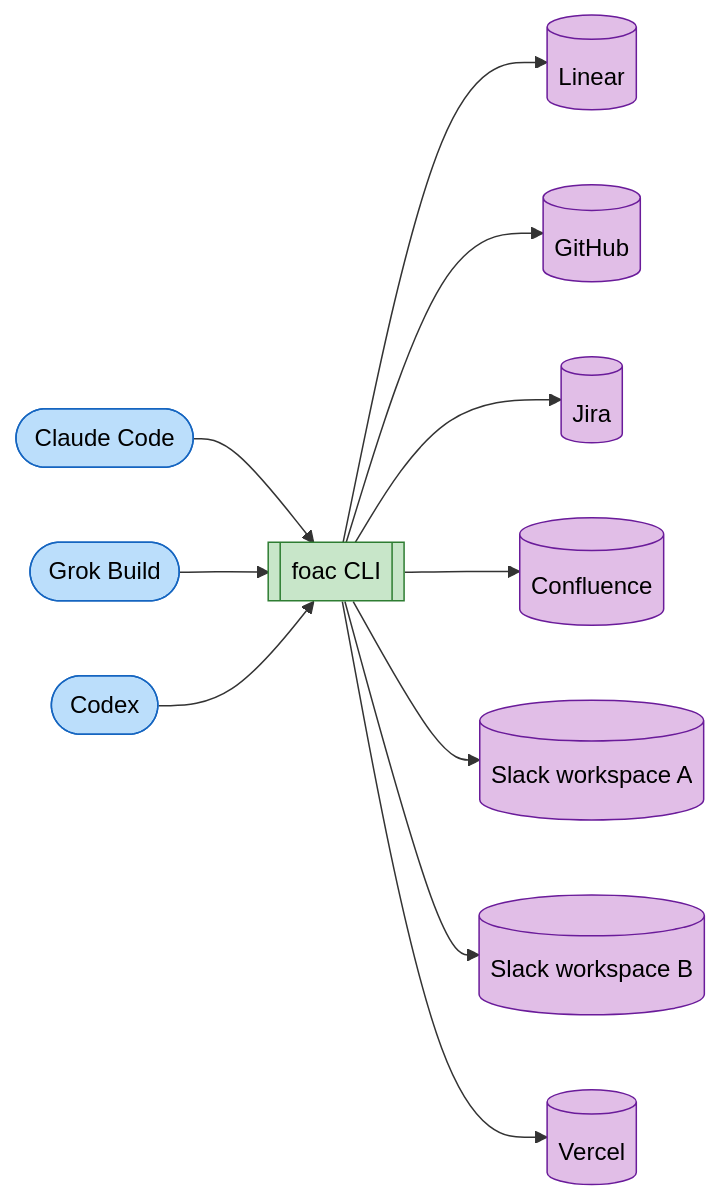
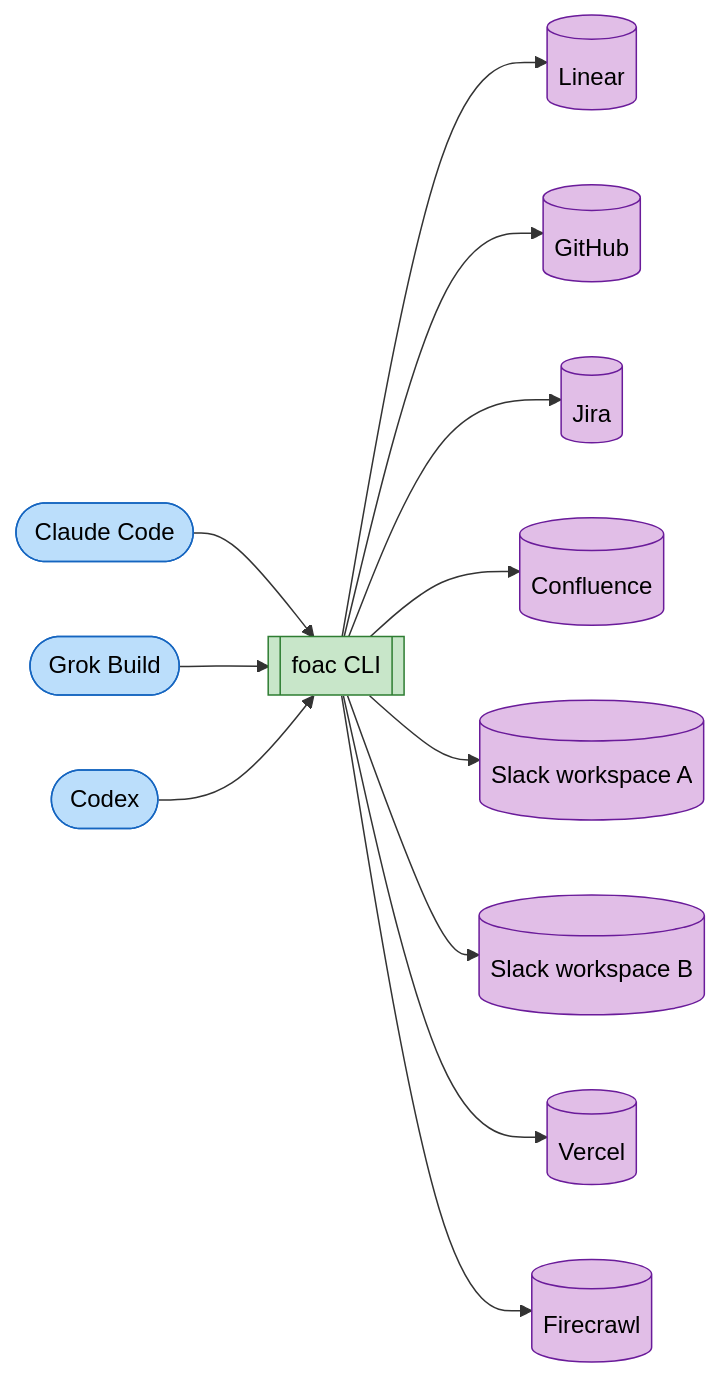
Before and after one commit to alephic-ai/foac: the second of 2 diagrams in README.md, drawn with Mermaid. The commit also changed other lines of this file and 12 other files, not shown here.

First line of the commit message:
feat(firecrawl): add the Firecrawl provider

````diff
--- a/README.md
+++ b/README.md
@@ -79,13 +81,13 @@
 ```mermaid
 graph LR
     CC([Claude Code]) --> F
     GRK([Grok Build]) --> F
     CX([Codex]) --> F[[foac CLI]]
-    F --> Linear[(Linear)] & GitHub[(GitHub)] & Jira[(Jira)] & Confluence[(Confluence)] & SlackA[(Slack workspace A)] & SlackB[(Slack workspace B)] & Vercel[(Vercel)]
+    F --> Linear[(Linear)] & GitHub[(GitHub)] & Jira[(Jira)] & Confluence[(Confluence)] & SlackA[(Slack workspace A)] & SlackB[(Slack workspace B)] & Vercel[(Vercel)] & Firecrawl[(Firecrawl)]
     classDef harness fill:#bbdefb,stroke:#1565c0,color:#000
     classDef cli fill:#c8e6c9,stroke:#2e7d32,color:#000
     classDef provider fill:#e1bee7,stroke:#6a1b9a,color:#000
     class CC,GRK,CX harness
     class F cli
-    class Linear,GitHub,Jira,Confluence,SlackA,SlackB,Vercel provider
+    class Linear,GitHub,Jira,Confluence,SlackA,SlackB,Vercel,Firecrawl provider
 ```
````
